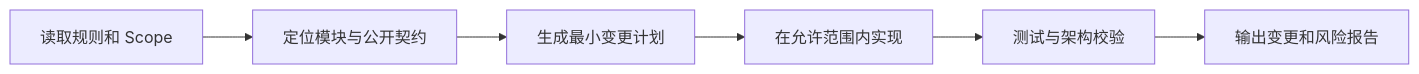
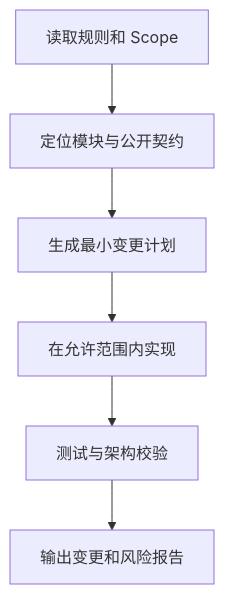
The third of 3 diagrams in docs/ai-native-spring-boot-standard.md (GodCage/AI-development-standards), drawn with Mermaid before and after one commit. The commit also changed other lines of this file and 8 other files, not shown here.

Commit message:
docs: make package-first architecture and platform standards actionable

````diff
--- a/docs/ai-native-spring-boot-standard.md
+++ b/docs/ai-native-spring-boot-standard.md
@@ -452,8 +453,8 @@
 ```mermaid
-flowchart LR
+flowchart TB
     A["读取规则和 Scope"] --> B["定位模块与公开契约"]
     B --> C["生成最小变更计划"]
     C --> D["在允许范围内实现"]
     D --> E["测试与架构校验"]
     E --> F["输出变更和风险报告"]
 ```
````
